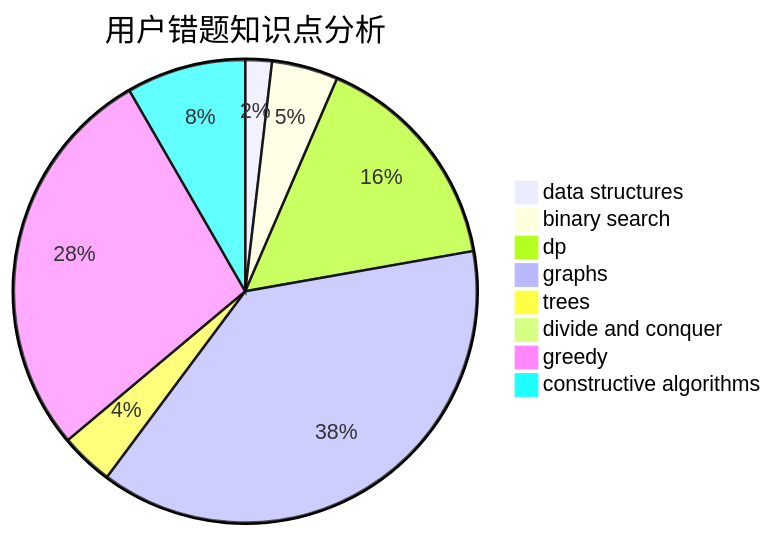
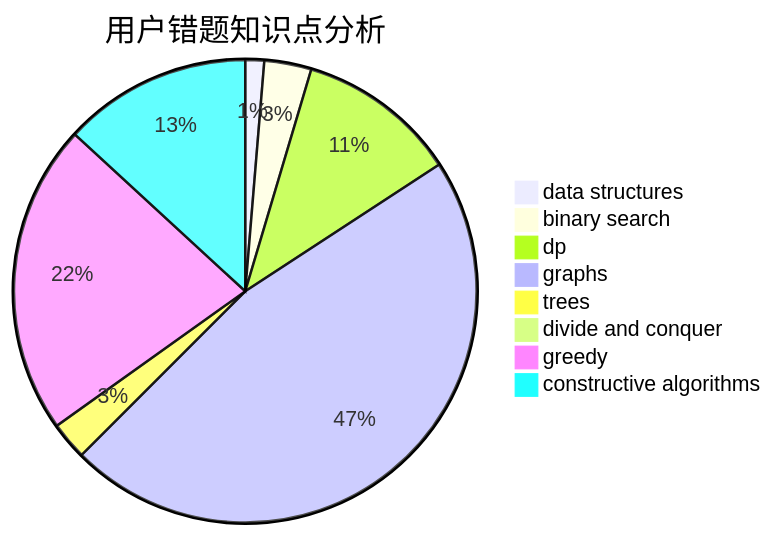
The third of 3 diagrams in docs/user/u2629.md (sherpahu/cfrs.github.io), drawn with Mermaid before and after one commit. The commit also changed other lines of this file and 2770 other files, not shown here.

````diff
--- a/docs/user/u2629.md
+++ b/docs/user/u2629.md
@@ -36,11 +36,11 @@
 ```mermaid
 pie title 用户错题知识点分析
     "data structures" :  2
     "binary search" :  5
     "dp" :  17
-    "graphs" :  41
+    "graphs" :  71
     "trees" :  4
     "divide and conquer" :  0
-    "greedy" :  30
-    "constructive algorithms" :  9
+    "greedy" :  33
+    "constructive algorithms" :  20
 ```
````
